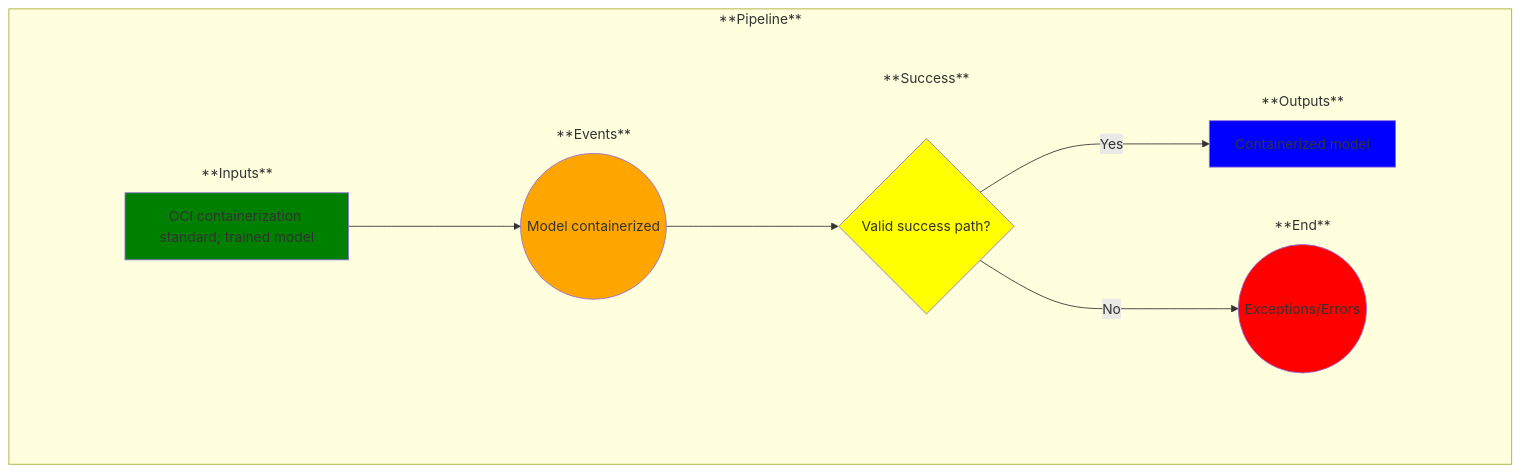
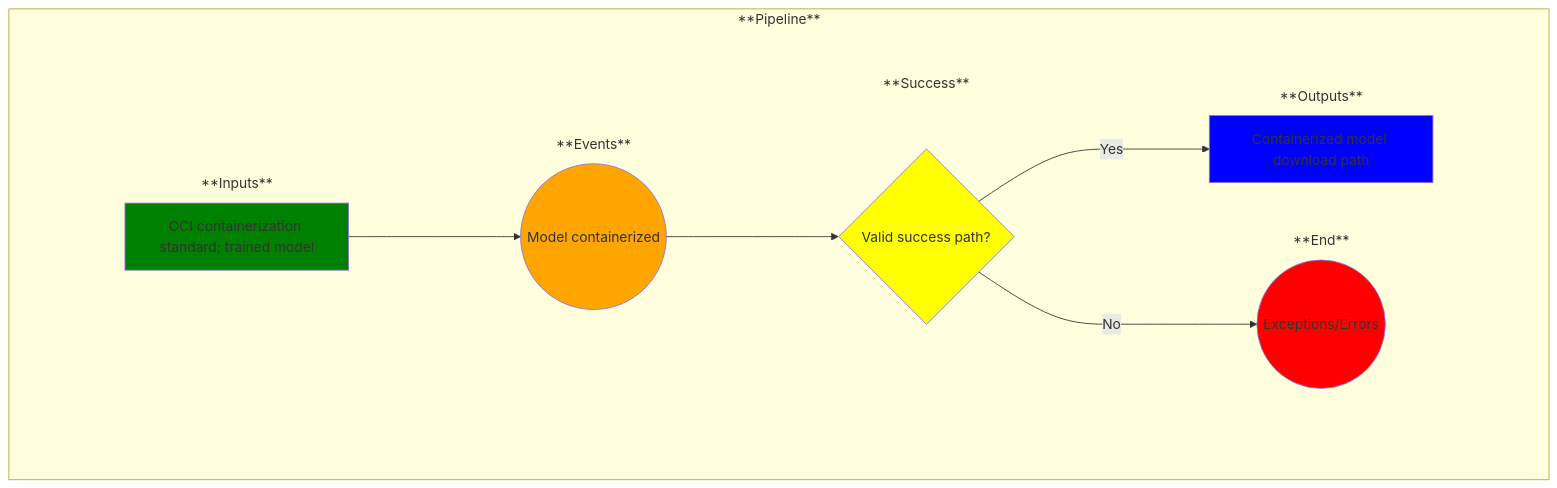
One commit to MLOps-OpenAPI/arch-diagrams changed the diagram in use-cases/12-model-containerized.md. Above: the diagram before and after it, drawn with Mermaid. The commit also changed other lines of this file, not shown here.

Commit message:
Updates for issue #52

````diff
--- a/use-cases/12-model-containerized.md
+++ b/use-cases/12-model-containerized.md
@@ -16,65 +16,65 @@
 ```mermaid
 
 %% Creating a left-to-right flowchart
 %% Learn the syntax here: https://mermaid.js.org/syntax/flowchart.html
 %% Note: flowchart and graph are the same in Mermaid
 graph LR;
 
     %% Define the common flow items:
     %%A--> B
     %%B-->C
     subgraph Pipeline ["**Pipeline**"]
         
         %% Add an empty node to overcome some formatting issues
         subgraph invisibleSpace["<br/>"]
 
             %% Add the rest of the nodes
             subgraph Inputs ["**Inputs**"]
                 A
             end
             subgraph Events ["**Events**"]
                 B
             end
             subgraph Success ["**Success**"]
                 C
             end
             subgraph End ["**End**"]
                 D
             end
             subgraph Outputs ["**Outputs**"]
                 E
             end
         end
         A-->B
         B-->C
         C--> | No | D
         C--> | Yes | E
     end
 
     %% Now label and style the blocks
     %% Note: You could have done this above, but I find this to be cleaner and easier to manage
 
     A[OCI containerization standard; trained model]
     style A fill:green
 
     B((Model containerized))
     style B fill:orange
 
     C{Valid success path?}
     style C fill:yellow
 
     D((Exceptions/Errors))
     style D fill:red
 
-    E[Containerized model]
+    E[Containerized model download path]
     style E fill:blue
 
     %% Remove unnecessary box outlines
     style invisibleSpace stroke-width:0
     style Inputs stroke-width:0
     style Events stroke-width:0
     style Outputs stroke-width:0
     style End stroke-width:0
     style Success stroke-width:0
 
 ```
````
